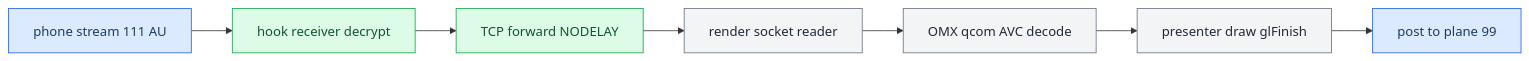
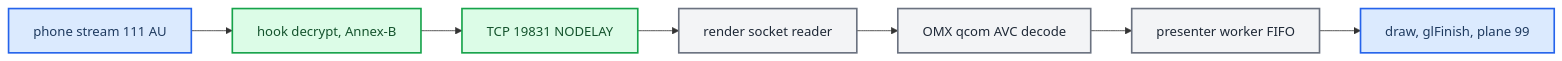
One commit to luka-dev/mib2q-carplay-rgi changed the diagram in docs-obsidian/AltScreen and Video/Video Pipeline.md. Above: the diagram before and after it, drawn with Mermaid. The commit also changed other lines of this file and 43 other files, not shown here.

````diff
--- a/docs-obsidian/AltScreen and Video/Video Pipeline.md
+++ b/docs-obsidian/AltScreen and Video/Video Pipeline.md
@@ -11,24 +11,24 @@
 ```mermaid
 flowchart LR
   accTitle: AltScreen video delivery from phone to cluster plane
-  accDescr: Phone stream 111 into the hook receiver, TCP forward with TCP_NODELAY, altscreen_render socket reader and decode worker, OMX decode, presenter draw and post to plane 99.
+  accDescr: Stream 111 enters the hook receiver, is forwarded over TCP 19831 with TCP_NODELAY, read by altscreen_render, decoded by OMX, queued to a presenter worker, drawn with glFinish and swapped to plane 99.
   phone["phone stream 111 AU"]
-  recv["hook receiver decrypt"]
-  fwd["TCP forward NODELAY"]
+  recv["hook decrypt, Annex-B"]
+  fwd["TCP 19831 NODELAY"]
   reader["render socket reader"]
   omx["OMX qcom AVC decode"]
-  present["presenter draw glFinish"]
-  plane["post to plane 99"]
+  worker["presenter worker FIFO"]
+  plane["draw, glFinish, plane 99"]
   phone --> recv
   recv --> fwd
   fwd --> reader
   reader --> omx
-  omx --> present
-  present --> plane
+  omx --> worker
+  worker --> plane
+  classDef primary fill:#dbeafe,stroke:#2563eb,stroke-width:2px,color:#1e3a5f
+  classDef success fill:#dcfce7,stroke:#16a34a,stroke-width:2px,color:#14532d
+  classDef neutral fill:#f3f4f6,stroke:#6b7280,stroke-width:2px,color:#1f2937
   class phone,plane primary
   class recv,fwd success
-  class reader,omx,present neutral
-  classDef primary fill:#dbeafe,stroke:#2563eb,color:#1e3a5f
-  classDef success fill:#dcfce7,stroke:#16a34a,color:#14532d
-  classDef neutral fill:#f3f4f6,stroke:#6b7280,color:#1f2937
+  class reader,omx,worker neutral
 ```
````
